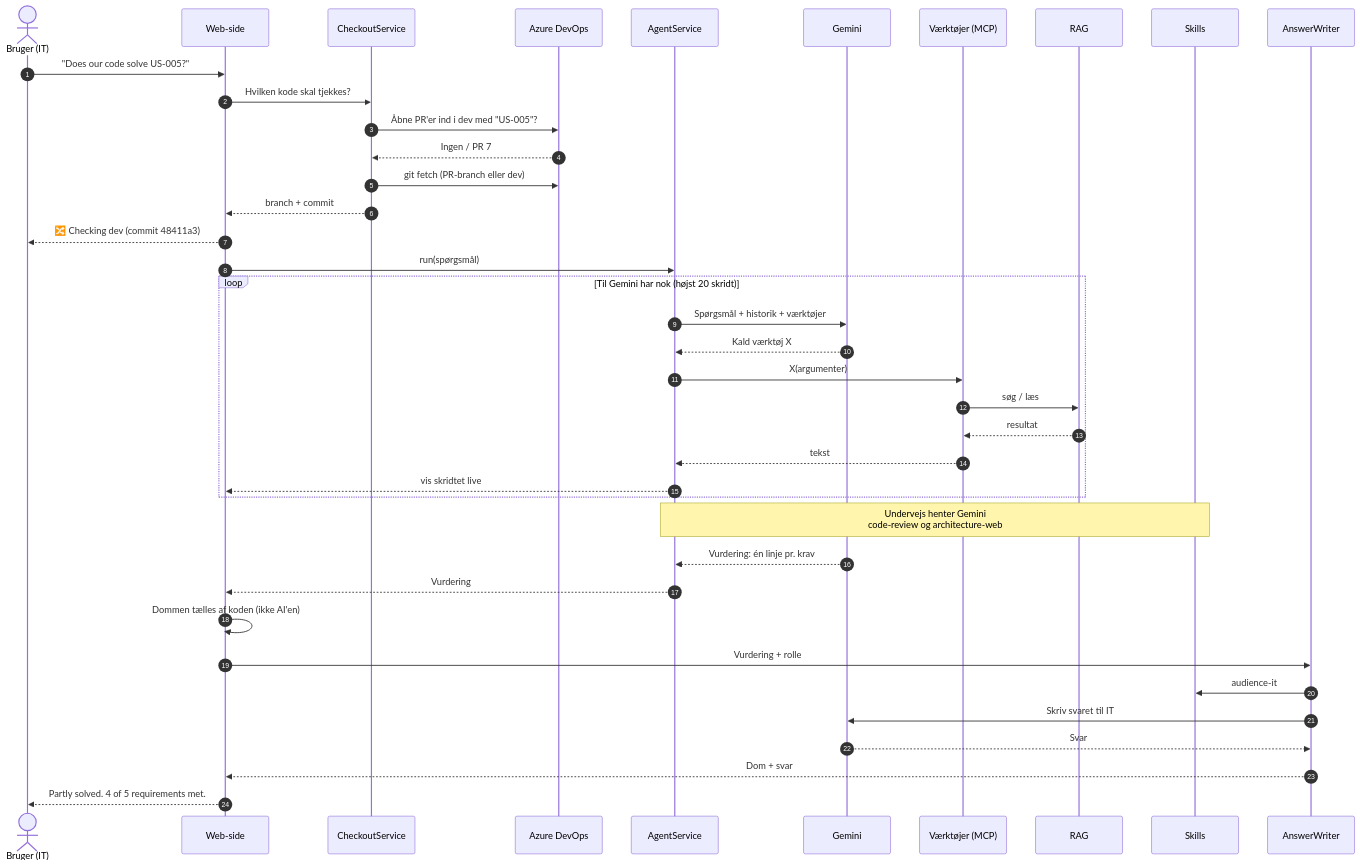
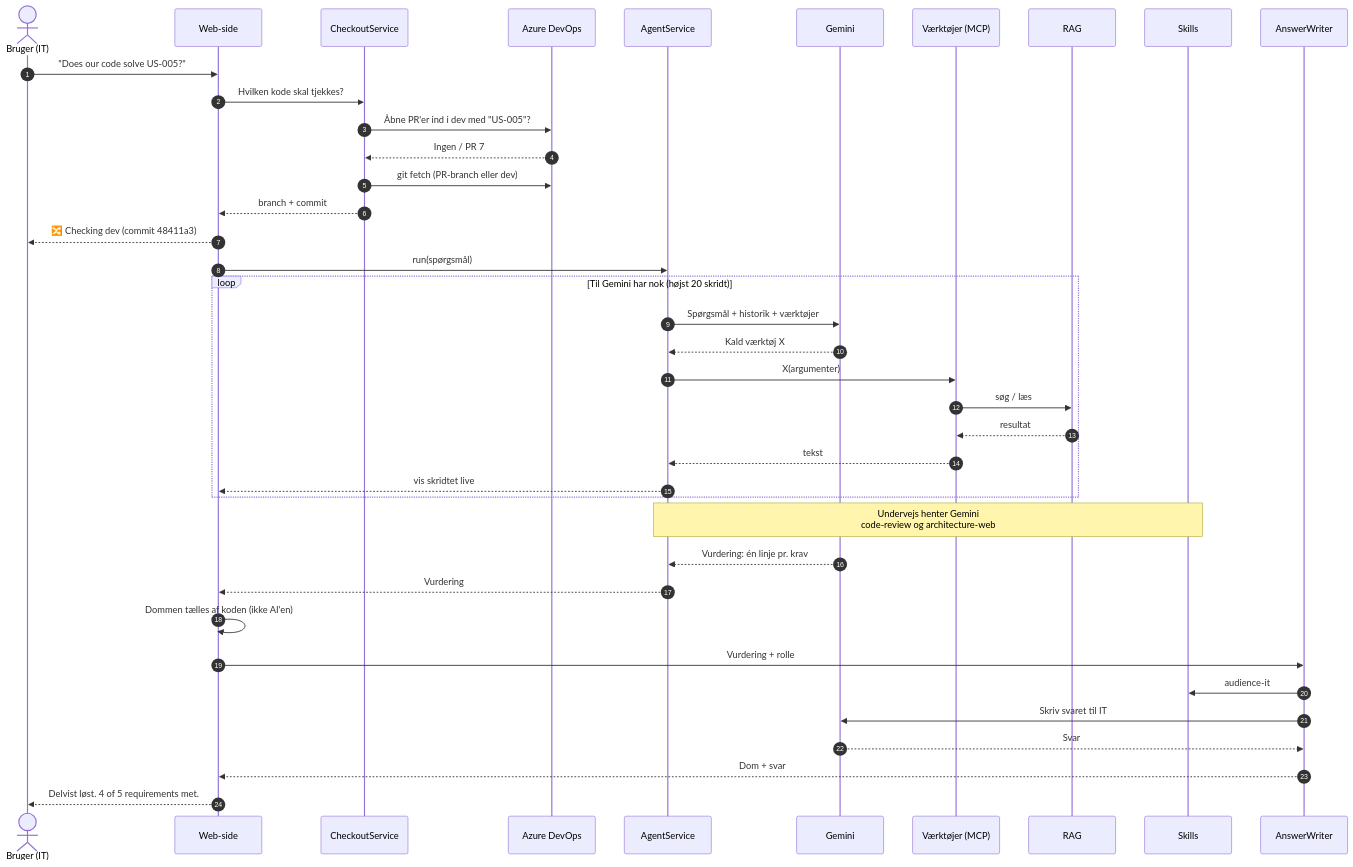
The second of 10 diagrams in AIPlatform/DEMO.md (AlexanderThomsen0339/agent-anatomy-poc), drawn with Mermaid before and after one commit. The commit also changed other lines of this file and 5 other files, not shown here.

````diff
--- a/AIPlatform/DEMO.md
+++ b/AIPlatform/DEMO.md
@@ -72,43 +72,43 @@
 ```mermaid
 sequenceDiagram
     autonumber
     actor U as Bruger (IT)
     participant W as Web-side
     participant C as CheckoutService
     participant AZ as Azure DevOps
     participant A as AgentService
     participant G as Gemini
     participant T as Værktøjer (MCP)
     participant R as RAG
     participant S as Skills
     participant AW as AnswerWriter
 
     U->>W: "Does our code solve US-005?"
     W->>C: Hvilken kode skal tjekkes?
     C->>AZ: Åbne PR'er ind i dev med "US-005"?
     AZ-->>C: Ingen / PR 7
     C->>AZ: git fetch (PR-branch eller dev)
     C-->>W: branch + commit
     W-->>U: 🔀 Checking dev (commit 48411a3)
 
     W->>A: run(spørgsmål)
     loop Til Gemini har nok (højst 20 skridt)
         A->>G: Spørgsmål + historik + værktøjer
         G-->>A: Kald værktøj X
         A->>T: X(argumenter)
         T->>R: søg / læs
         R-->>T: resultat
         T-->>A: tekst
         A-->>W: vis skridtet live
     end
     Note over A,S: Undervejs henter Gemini<br/>code-review og architecture-web
     G-->>A: Vurdering: én linje pr. krav
     A-->>W: Vurdering
     W->>W: Dommen tælles af koden (ikke AI'en)
     W->>AW: Vurdering + rolle
     AW->>S: audience-it
     AW->>G: Skriv svaret til IT
     G-->>AW: Svar
     AW-->>W: Dom + svar
-    W-->>U: Partly solved. 4 of 5 requirements met.
+    W-->>U: Delvist løst. 4 of 5 requirements met.
 ```
````
